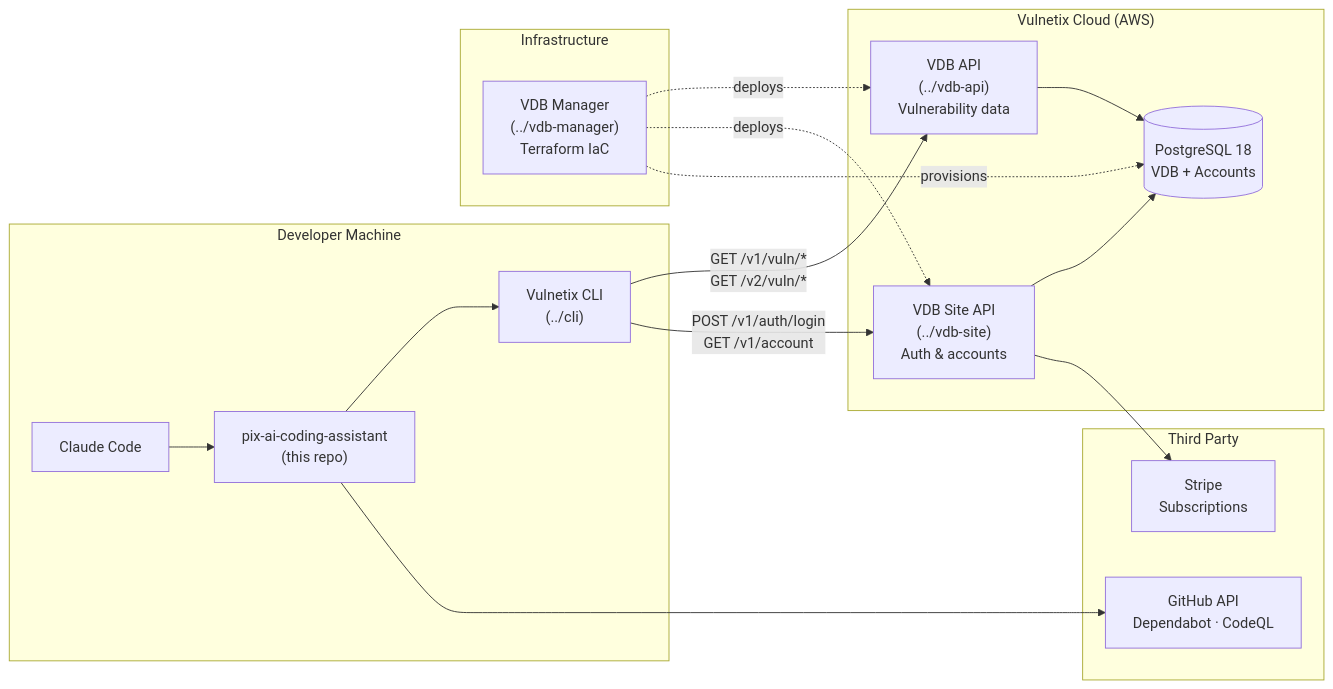
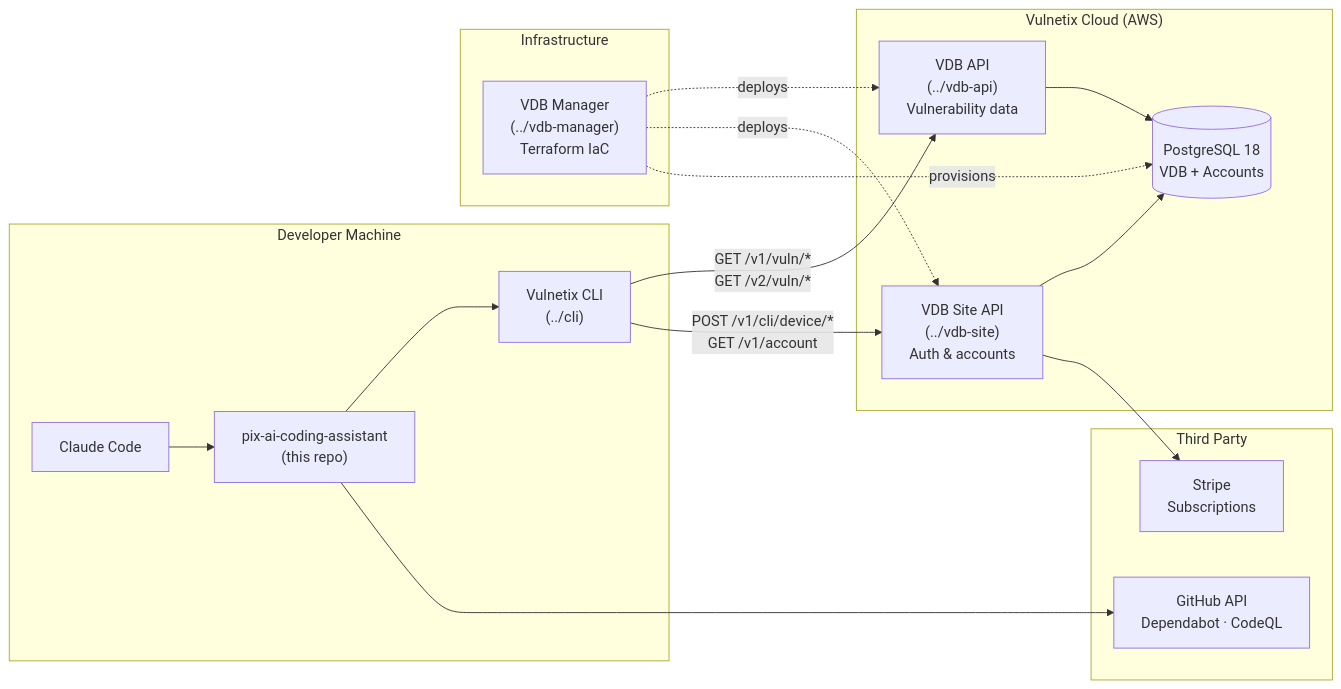
Before and after one commit to Vulnetix/claude-code-plugin: the first of 3 diagrams in AGENTS.md, drawn with Mermaid. The commit also changed other lines of this file and 3 other files, not shown here.

First line of the commit message:
fix(get-api-key): move off the deleted /v1/register onto the device grant (#4)

````diff
--- a/AGENTS.md
+++ b/AGENTS.md
@@ -9,36 +9,36 @@
 ```mermaid
 graph LR
     subgraph "Developer Machine"
         CC["Claude Code"]
         PLG["pix-ai-coding-assistant<br/>(this repo)"]
         CLI["Vulnetix CLI<br/>(../cli)"]
         CC --> PLG
         PLG --> CLI
     end
 
     subgraph "Vulnetix Cloud (AWS)"
         API["VDB API<br/>(../vdb-api)<br/>Vulnerability data"]
         SITE["VDB Site API<br/>(../vdb-site)<br/>Auth & accounts"]
         DB[(PostgreSQL 18<br/>VDB + Accounts)]
         API --> DB
         SITE --> DB
     end
 
     subgraph "Infrastructure"
         MGR["VDB Manager<br/>(../vdb-manager)<br/>Terraform IaC"]
         MGR -.->|deploys| API
         MGR -.->|deploys| SITE
         MGR -.->|provisions| DB
     end
 
     CLI -->|"GET /v1/vuln/*<br/>GET /v2/vuln/*"| API
-    CLI -->|"POST /v1/auth/login<br/>GET /v1/account"| SITE
+    CLI -->|"POST /v1/cli/device/*<br/>GET /v1/account"| SITE
 
     subgraph "Third Party"
         GH["GitHub API<br/>Dependabot · CodeQL"]
         STRIPE["Stripe<br/>Subscriptions"]
     end
 
     PLG --> GH
     SITE --> STRIPE
 ```
````
